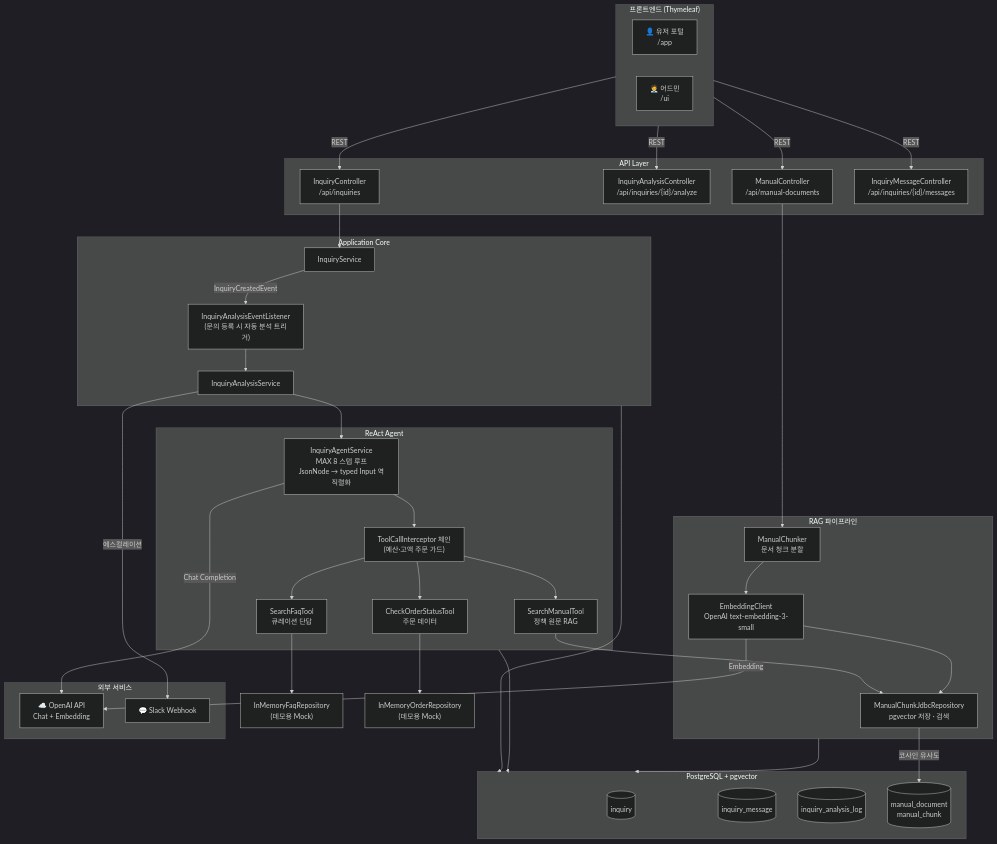
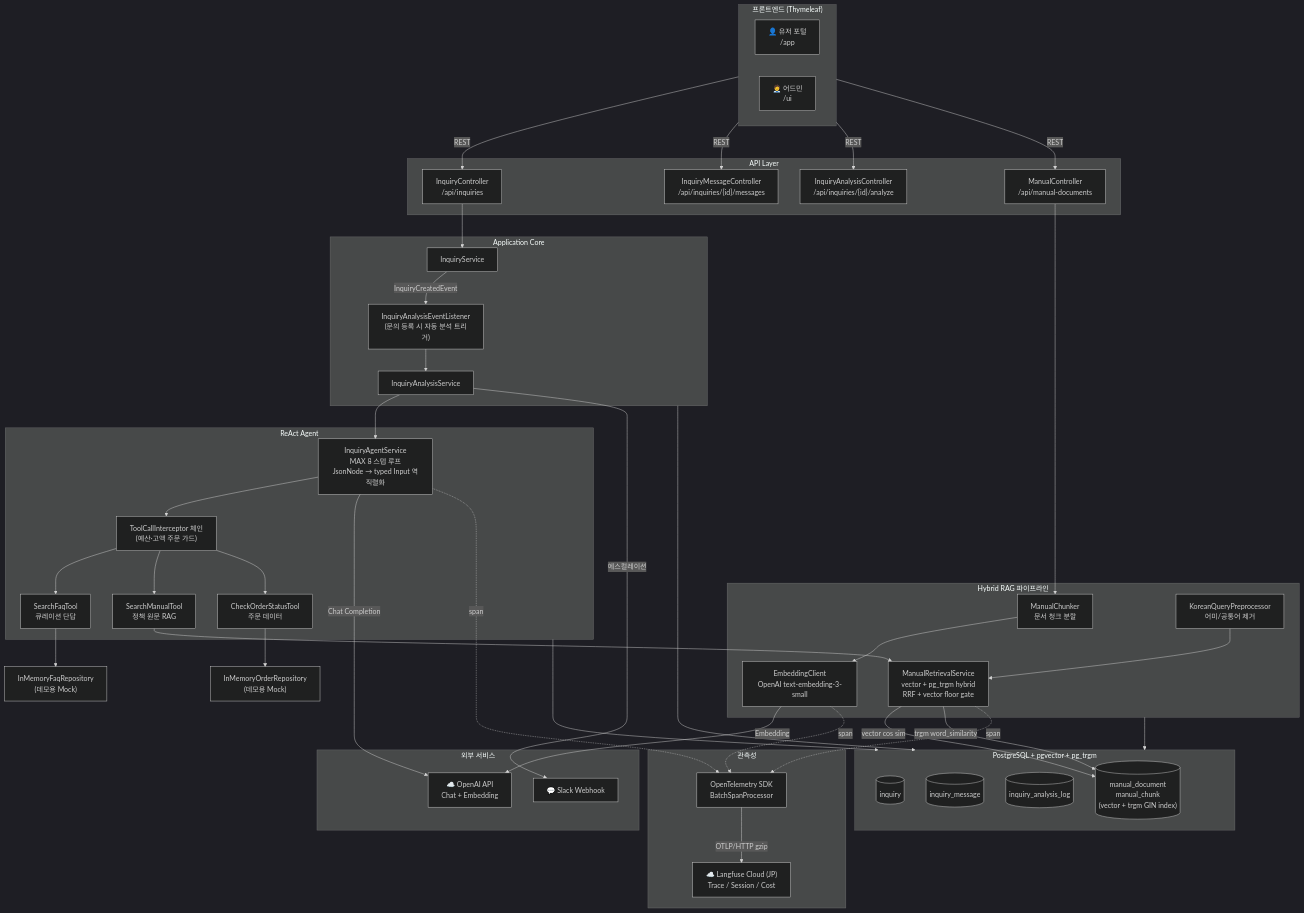
Before and after one commit to hanbonghun/ai-cs-assistant: the first of 4 diagrams in README.md, drawn with Mermaid (dark theme). The commit also changed other lines of this file and 6 other files, not shown here.

First line of the commit message:
README 종합 업데이트 — hybrid 검색 / 골든셋 평가 / Langfuse 관측성 반영

````diff
--- a/README.md
+++ b/README.md
@@ -25,64 +43,76 @@
 ```mermaid
 flowchart TB
     subgraph UI["프론트엔드 (Thymeleaf)"]
         direction LR
         UserUI["👤 유저 포털\n/app"]
         AdminUI["🧑‍💼 어드민\n/ui"]
     end
 
     subgraph API["API Layer"]
         InquiryAPI["InquiryController\n/api/inquiries"]
         AnalysisAPI["InquiryAnalysisController\n/api/inquiries/{id}/analyze"]
         ManualAPI["ManualController\n/api/manual-documents"]
         MessageAPI["InquiryMessageController\n/api/inquiries/{id}/messages"]
     end
 
     subgraph Core["Application Core"]
         InquiryService["InquiryService"]
         EventListener["InquiryAnalysisEventListener\n(문의 등록 시 자동 분석 트리거)"]
         AnalysisService["InquiryAnalysisService"]
     end
 
     subgraph Agent["ReAct Agent"]
         AgentLoop["InquiryAgentService\nMAX 8 스텝 루프\nJsonNode → typed Input 역직렬화"]
         Interceptors["ToolCallInterceptor 체인\n(예산·고액 주문 가드)"]
         FaqTool["SearchFaqTool\n큐레이션 단답"]
         SearchTool["SearchManualTool\n정책 원문 RAG"]
         OrderTool["CheckOrderStatusTool\n주문 데이터"]
     end
 
-    subgraph RAG["RAG 파이프라인"]
+    subgraph RAG["Hybrid RAG 파이프라인"]
         Chunker["ManualChunker\n문서 청크 분할"]
         EmbedClient["EmbeddingClient\nOpenAI text-embedding-3-small"]
-        VectorRepo["ManualChunkJdbcRepository\npgvector 저장 · 검색"]
+        KoreanPrep["KoreanQueryPreprocessor\n어미/공통어 제거"]
+        Retrieval["ManualRetrievalService\nvector + pg_trgm hybrid\nRRF + vector floor gate"]
     end
 
-    subgraph DB["PostgreSQL + pgvector"]
+    subgraph DB["PostgreSQL + pgvector + pg_trgm"]
         T1[("inquiry")]
         T2[("inquiry_message")]
         T3[("inquiry_analysis_log")]
-        T4[("manual_document\nmanual_chunk")]
+        T4[("manual_document\nmanual_chunk\n(vector + trgm GIN index)")]
+    end
+
+    subgraph Observe["관측성"]
+        OTel["OpenTelemetry SDK\nBatchSpanProcessor"]
+        Langfuse["☁️ Langfuse Cloud (JP)\nTrace / Session / Cost"]
     end
 
     subgraph External["외부 서비스"]
         OpenAI["☁️ OpenAI API\nChat + Embedding"]
         Slack["💬 Slack Webhook"]
     end
 
     UserUI -->|REST| InquiryAPI & MessageAPI
     AdminUI -->|REST| AnalysisAPI & ManualAPI
     InquiryAPI --> InquiryService
     InquiryService -->|InquiryCreatedEvent| EventListener
     EventListener --> AnalysisService
     AnalysisService --> AgentLoop
     AgentLoop --> Interceptors --> FaqTool & SearchTool & OrderTool
     FaqTool --> InMemoryFaq["InMemoryFaqRepository\n(데모용 Mock)"]
-    SearchTool --> VectorRepo
+    SearchTool --> Retrieval
     OrderTool --> InMemoryOrder["InMemoryOrderRepository\n(데모용 Mock)"]
-    VectorRepo -->|코사인 유사도| T4
+    Retrieval -->|vector cos sim| T4
+    Retrieval -->|trgm word_similarity| T4
+    KoreanPrep --> Retrieval
     AgentLoop -->|Chat Completion| OpenAI
-    ManualAPI --> Chunker --> EmbedClient --> VectorRepo
+    ManualAPI --> Chunker --> EmbedClient
     EmbedClient -->|Embedding| OpenAI
     AnalysisService -->|에스컬레이션| Slack
+    AgentLoop -.->|span| OTel
+    Retrieval -.->|span| OTel
+    EmbedClient -.->|span| OTel
+    OTel -->|OTLP/HTTP gzip| Langfuse
     Core & Agent & RAG --> DB
 ```
````
